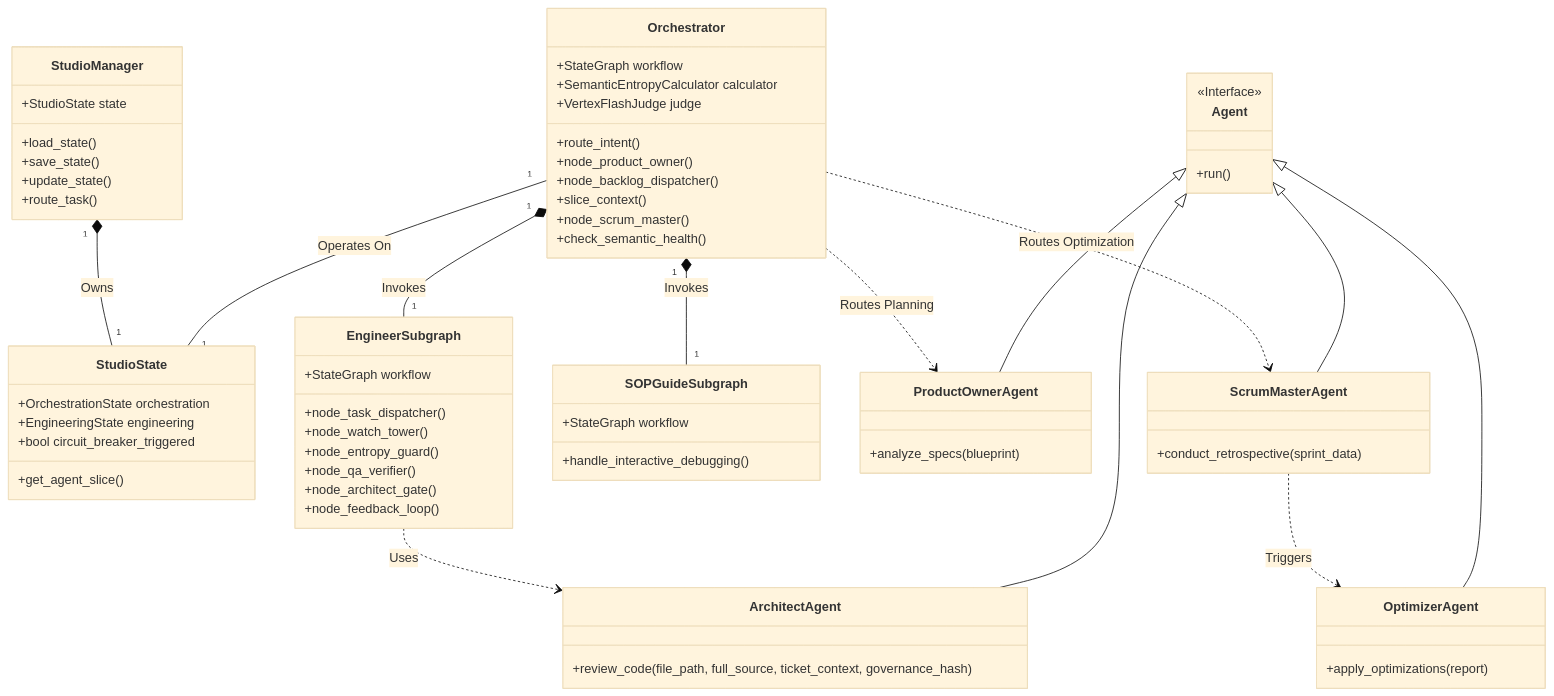
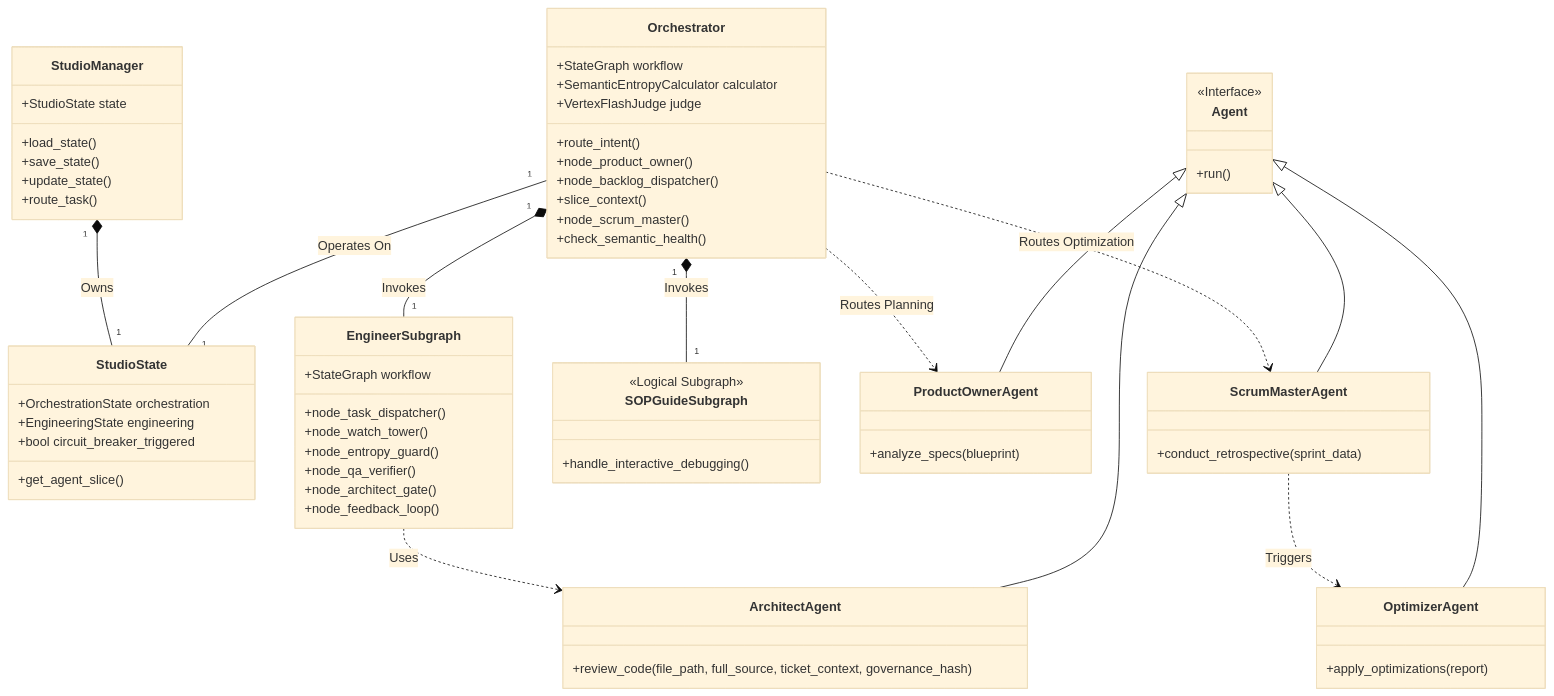
Before and after one commit to jonaschen/ai-bsp-agent: the first of 3 diagrams in DESIGN.md, drawn with Mermaid (base theme). The commit also changed other lines of this file and 1 other file, not shown here.

````diff
--- a/DESIGN.md
+++ b/DESIGN.md
@@ -17,78 +17,78 @@
 ```mermaid
 classDiagram
     class StudioManager {
         +StudioState state
         +load_state()
         +save_state()
         +update_state()
         +route_task()
     }
 
     class Orchestrator {
         +StateGraph workflow
         +SemanticEntropyCalculator calculator
         +VertexFlashJudge judge
         +route_intent()
         +node_product_owner()
         +node_backlog_dispatcher()
         +slice_context()
         +node_scrum_master()
         +check_semantic_health()
     }
 
     class StudioState {
         +OrchestrationState orchestration
         +EngineeringState engineering
         +bool circuit_breaker_triggered
         +get_agent_slice()
     }
 
     class EngineerSubgraph {
         +StateGraph workflow
         +node_task_dispatcher()
         +node_watch_tower()
         +node_entropy_guard()
         +node_qa_verifier()
         +node_architect_gate()
         +node_feedback_loop()
     }
 
     class SOPGuideSubgraph {
-        +StateGraph workflow
+        <<Logical Subgraph>>
         +handle_interactive_debugging()
     }
 
     class Agent {
         <<Interface>>
         +run()
     }
 
     class ArchitectAgent {
         +review_code(file_path, full_source, ticket_context, governance_hash)
     }
 
     class ProductOwnerAgent {
         +analyze_specs(blueprint)
     }
 
     class ScrumMasterAgent {
         +conduct_retrospective(sprint_data)
     }
 
     class OptimizerAgent {
         +apply_optimizations(report)
     }
 
     StudioManager "1" *-- "1" StudioState : Owns
     Orchestrator "1" -- "1" StudioState : Operates On
     Orchestrator "1" *-- "1" EngineerSubgraph : Invokes
     Orchestrator "1" *-- "1" SOPGuideSubgraph : Invokes
     EngineerSubgraph ..> ArchitectAgent : Uses
     Orchestrator ..> ProductOwnerAgent : Routes Planning
     Orchestrator ..> ScrumMasterAgent : Routes Optimization
     ScrumMasterAgent ..> OptimizerAgent : Triggers
     Agent <|-- ArchitectAgent
     Agent <|-- ProductOwnerAgent
     Agent <|-- ScrumMasterAgent
     Agent <|-- OptimizerAgent
 ```
````
